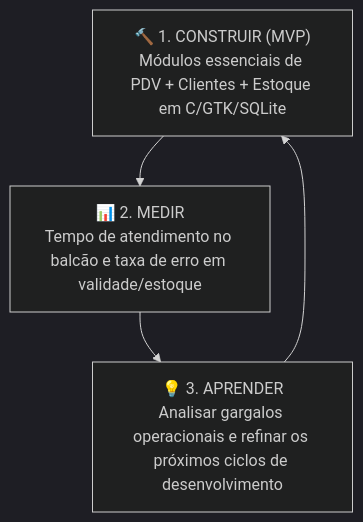
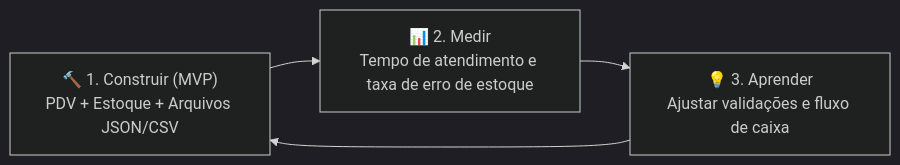
The second of 2 diagrams in docs/casos_de_uso_mvp.md (kawezito/projeto-mauricio-segundo-periodo), drawn with Mermaid (dark theme) before and after one commit. The commit also changed other lines of this file and 69 other files, not shown here.

Commit message:
feat: implementar núcleo do sistema de farmácia com persistência em arquivos (JSON e CSV), terminal CLI interativo, casos de uso e histórias de usuário (Valente, Cap. 3)

````diff
--- a/docs/casos_de_uso_mvp.md
+++ b/docs/casos_de_uso_mvp.md
@@ -225,6 +227,6 @@
 ```mermaid
-graph TD
-    Construir["🔨 1. CONSTRUIR (MVP)<br/>Módulos essenciais de PDV + Clientes + Estoque em C/GTK/SQLite"] --> Medir["📊 2. MEDIR<br/>Tempo de atendimento no balcão e taxa de erro em validade/estoque"]
-    Medir --> Aprender["💡 3. APRENDER<br/>Analisar gargalos operacionais e refinar os próximos ciclos de desenvolvimento"]
-    Aprender --> Construir
+graph LR
+    C["🔨 1. Construir (MVP)<br/>PDV + Estoque + Arquivos JSON/CSV"] --> M["📊 2. Medir<br/>Tempo de atendimento e taxa de erro de estoque"]
+    M --> A["💡 3. Aprender<br/>Ajustar validações e fluxo de caixa"]
+    A --> C
 ```
````
